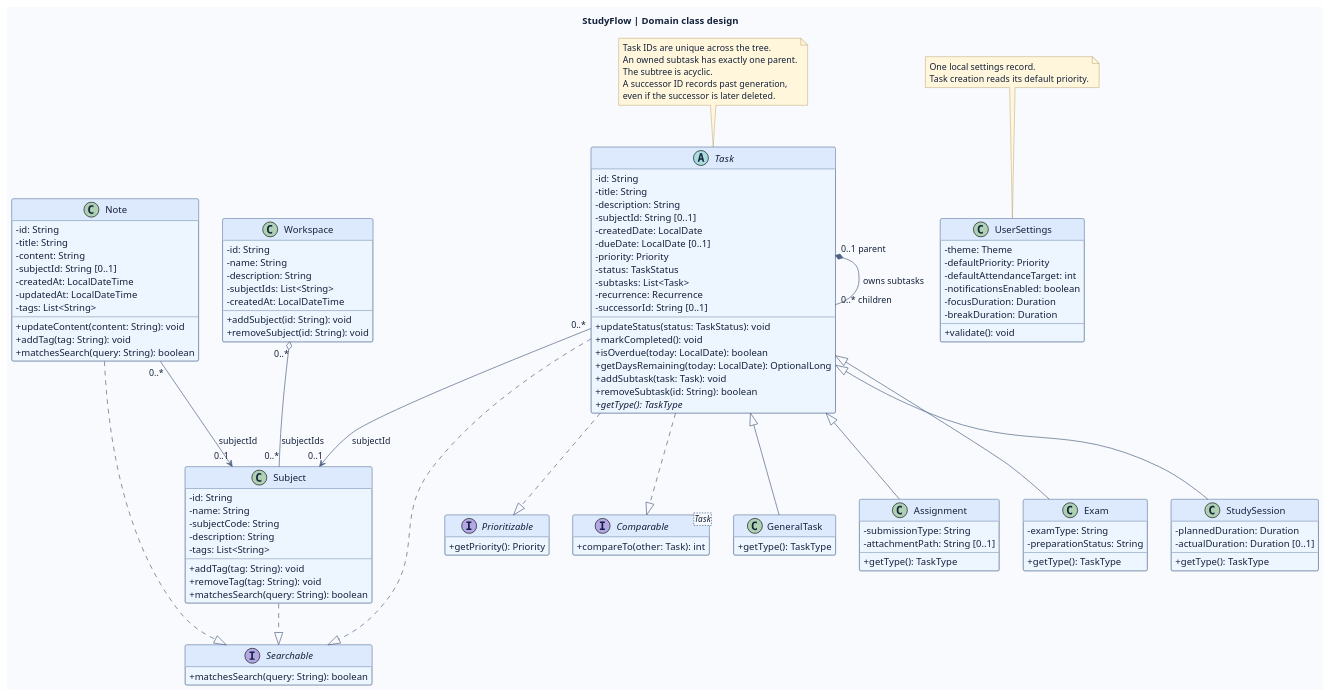
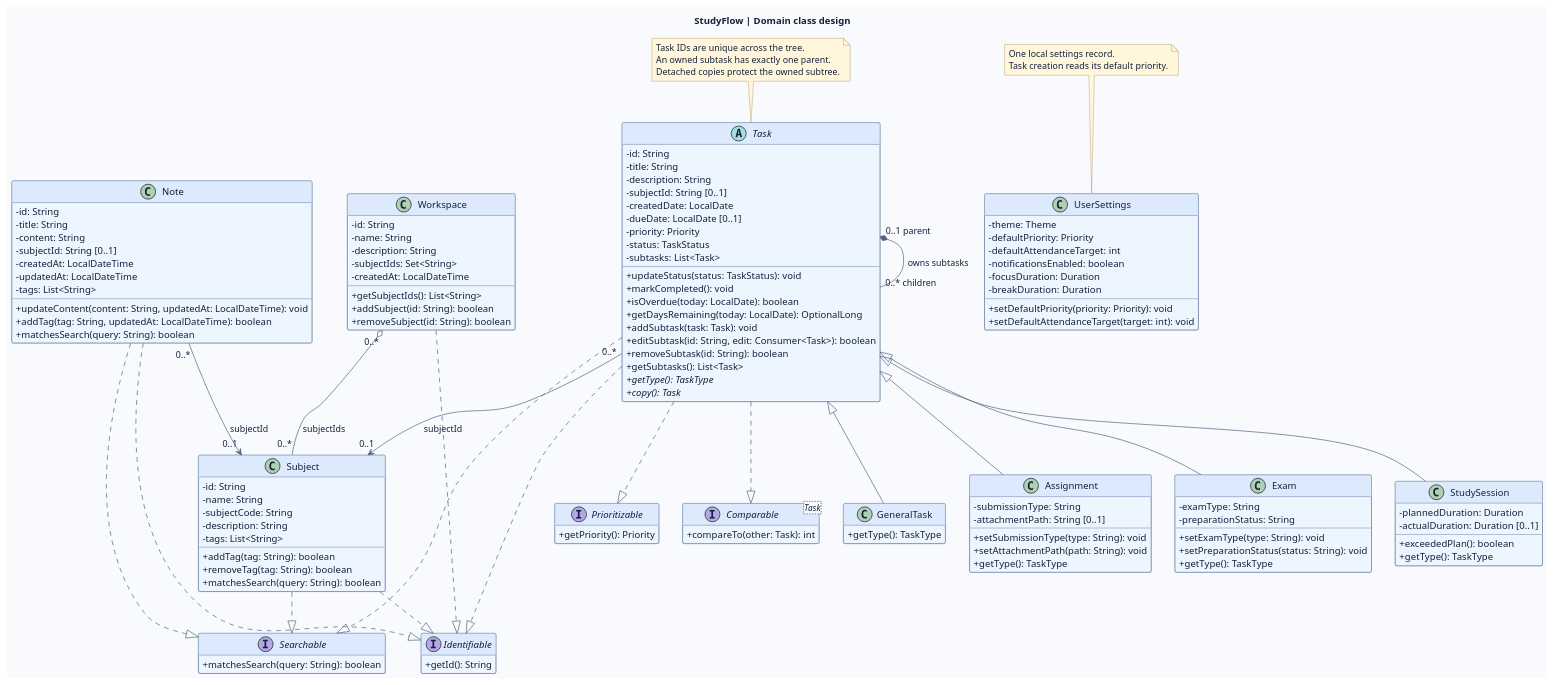
Before and after one commit to Dishitha09/StudyFlow: the diagram in docs/uml/class-diagram.puml, drawn with PlantUML. The commit also changed 28 other files, not shown here.

```diff
--- a/docs/uml/class-diagram.puml
+++ b/docs/uml/class-diagram.puml
@@ -1,141 +1,155 @@
 @startuml
 title StudyFlow | Domain class design
 top to bottom direction
 skinparam backgroundColor #F8FAFD
 skinparam defaultFontName Segoe UI
 skinparam defaultFontColor #14213B
 skinparam shadowing false
 skinparam ArrowColor #506383
 skinparam classAttributeIconSize 0
 skinparam classBorderColor #345279
 skinparam classBackgroundColor #EDF5FF
 skinparam classHeaderBackgroundColor #DDEAFE
 skinparam noteBackgroundColor #FFF6DB
 skinparam noteBorderColor #A17E3B
 hide empty members
 
 interface Searchable {
   +matchesSearch(query: String): boolean
 }
 
 interface Prioritizable {
   +getPriority(): Priority
 }
 
+interface Identifiable {
+  +getId(): String
+}
+
 interface "Comparable<Task>" as Comparable {
   +compareTo(other: Task): int
 }
 
 abstract class Task {
   -id: String
   -title: String
   -description: String
   -subjectId: String [0..1]
   -createdDate: LocalDate
   -dueDate: LocalDate [0..1]
   -priority: Priority
   -status: TaskStatus
   -subtasks: List<Task>
-  -recurrence: Recurrence
-  -successorId: String [0..1]
   +updateStatus(status: TaskStatus): void
   +markCompleted(): void
   +isOverdue(today: LocalDate): boolean
   +getDaysRemaining(today: LocalDate): OptionalLong
   +addSubtask(task: Task): void
+  +editSubtask(id: String, edit: Consumer<Task>): boolean
   +removeSubtask(id: String): boolean
+  +getSubtasks(): List<Task>
   {abstract} +getType(): TaskType
+  {abstract} +copy(): Task
 }
 
 class GeneralTask {
   +getType(): TaskType
 }
 
 class Assignment {
   -submissionType: String
   -attachmentPath: String [0..1]
+  +setSubmissionType(type: String): void
+  +setAttachmentPath(path: String): void
   +getType(): TaskType
 }
 
 class Exam {
   -examType: String
   -preparationStatus: String
+  +setExamType(type: String): void
+  +setPreparationStatus(status: String): void
   +getType(): TaskType
 }
 
 class StudySession {
   -plannedDuration: Duration
   -actualDuration: Duration [0..1]
+  +exceededPlan(): boolean
   +getType(): TaskType
 }
 
 class Subject {
   -id: String
   -name: String
   -subjectCode: String
   -description: String
   -tags: List<String>
-  +addTag(tag: String): void
-  +removeTag(tag: String): void
+  +addTag(tag: String): boolean
+  +removeTag(tag: String): boolean
   +matchesSearch(query: String): boolean
 }
 
 class Note {
   -id: String
   -title: String
   -content: String
   -subjectId: String [0..1]
   -createdAt: LocalDateTime
   -updatedAt: LocalDateTime
   -tags: List<String>
-  +updateContent(content: String): void
-  +addTag(tag: String): void
+  +updateContent(content: String, updatedAt: LocalDateTime): void
+  +addTag(tag: String, updatedAt: LocalDateTime): boolean
   +matchesSearch(query: String): boolean
 }
 
 class Workspace {
   -id: String
   -name: String
   -description: String
-  -subjectIds: List<String>
+  -subjectIds: Set<String>
   -createdAt: LocalDateTime
-  +addSubject(id: String): void
-  +removeSubject(id: String): void
+  +getSubjectIds(): List<String>
+  +addSubject(id: String): boolean
+  +removeSubject(id: String): boolean
 }
 
 class UserSettings {
   -theme: Theme
   -defaultPriority: Priority
   -defaultAttendanceTarget: int
   -notificationsEnabled: boolean
   -focusDuration: Duration
   -breakDuration: Duration
-  +validate(): void
+  +setDefaultPriority(priority: Priority): void
+  +setDefaultAttendanceTarget(target: int): void
 }
 
 Task ..|> Searchable
 Task ..|> Prioritizable
 Task ..|> Comparable
+Task ..|> Identifiable
 Task <|-- GeneralTask
 Task <|-- Assignment
 Task <|-- Exam
 Task <|-- StudySession
 Task "0..1 parent" *-- "0..* children" Task : owns subtasks
 Task "0..*" --> "0..1" Subject : subjectId
 Note "0..*" --> "0..1" Subject : subjectId
 Workspace "0..*" o-- "0..*" Subject : subjectIds
 Subject ..|> Searchable
 Note ..|> Searchable
+Subject ..|> Identifiable
+Note ..|> Identifiable
+Workspace ..|> Identifiable
 
 note top of UserSettings
   One local settings record.
   Task creation reads its default priority.
 end note
 note top of Task
   Task IDs are unique across the tree.
   An owned subtask has exactly one parent.
-  The subtree is acyclic.
-  A successor ID records past generation,
-  even if the successor is later deleted.
+  Detached copies protect the owned subtree.
 end note
 @enduml
```
